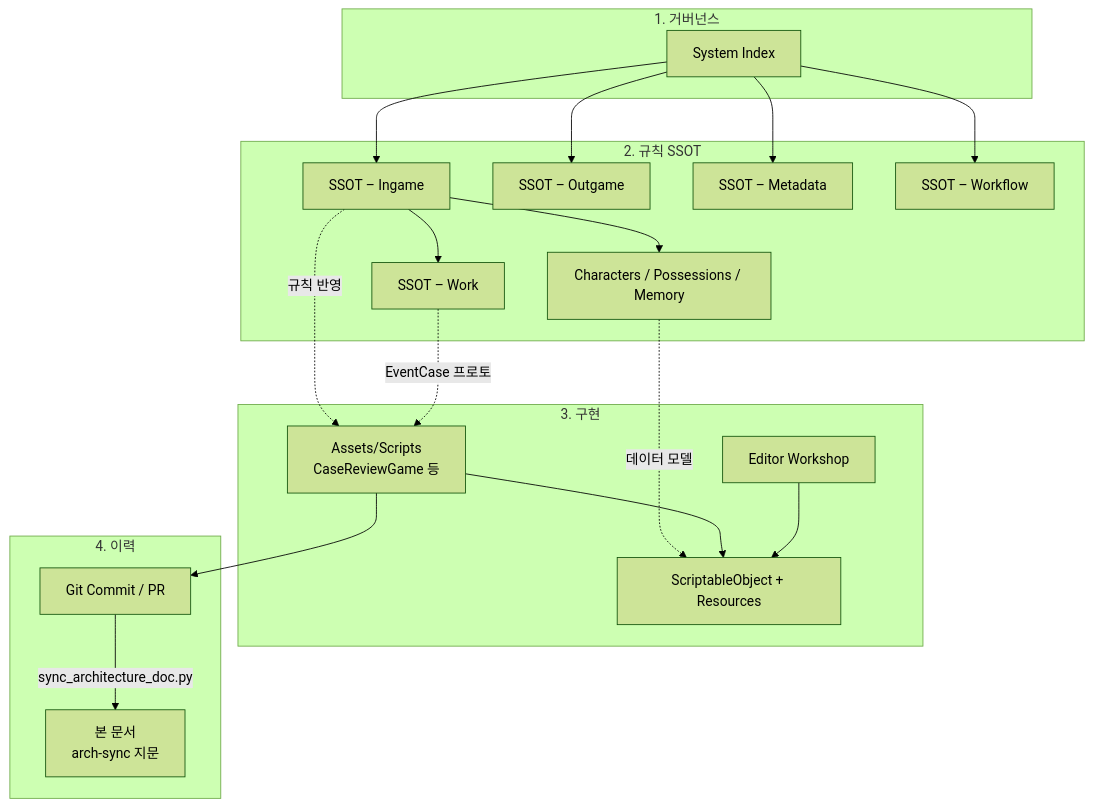
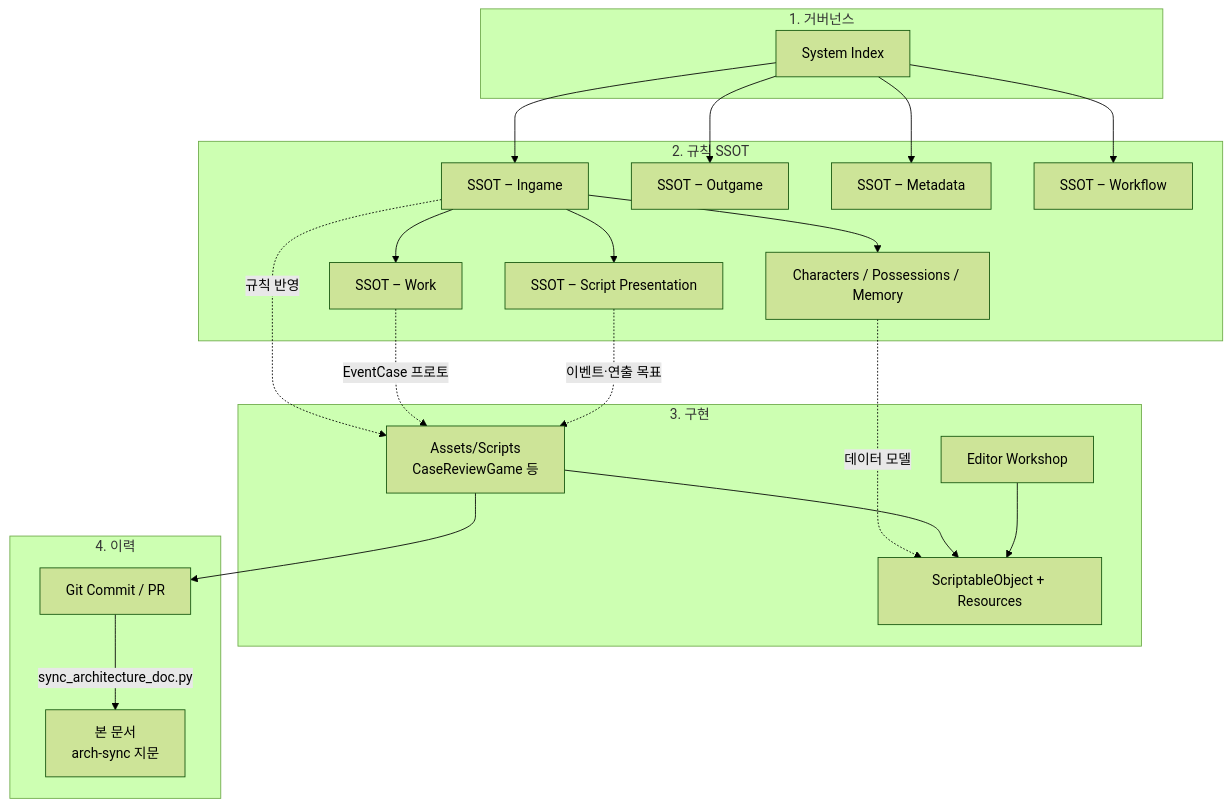
One commit to BaekNothing/ProjectW changed the second of 17 diagrams in Assets/Specification/Architecture – ProjectW System Overview.md. Above: the diagram before and after it, drawn with Mermaid (forest theme). The commit also changed other lines of this file and 8 other files, not shown here.

First line of the commit message:
docs: define long loop and script presentation SSOT

````diff
--- a/Assets/Specification/Architecture – ProjectW System Overview.md
+++ b/Assets/Specification/Architecture – ProjectW System Overview.md
@@ -82,34 +88,37 @@
 ```mermaid
 flowchart TB
   subgraph L1["1. 거버넌스"]
     IDX["System Index"]
   end
   subgraph L2["2. 규칙 SSOT"]
     ING["SSOT – Ingame"]
     WORK["SSOT – Work"]
     OUT["SSOT – Outgame"]
+    SCRIPT["SSOT – Script Presentation"]
     META["SSOT – Metadata"]
     WF["SSOT – Workflow"]
     CHR["Characters / Possessions / Memory"]
   end
   subgraph L3["3. 구현"]
     CODE["Assets/Scripts\nCaseReviewGame 등"]
     SO["ScriptableObject + Resources"]
     ED["Editor Workshop"]
   end
   subgraph L4["4. 이력"]
     GIT["Git Commit / PR"]
     ARCH["본 문서\narch-sync 지문"]
   end
 
   IDX --> ING & OUT & META & WF
   ING --> WORK
+  ING --> SCRIPT
   ING --> CHR
   ING -.->|규칙 반영| CODE
   WORK -.->|EventCase 프로토| CODE
+  SCRIPT -.->|이벤트·연출 목표| CODE
   CHR -.->|데이터 모델| SO
   CODE --> SO
   ED --> SO
   CODE --> GIT
   GIT -->|sync_architecture_doc.py| ARCH
 ```
````
